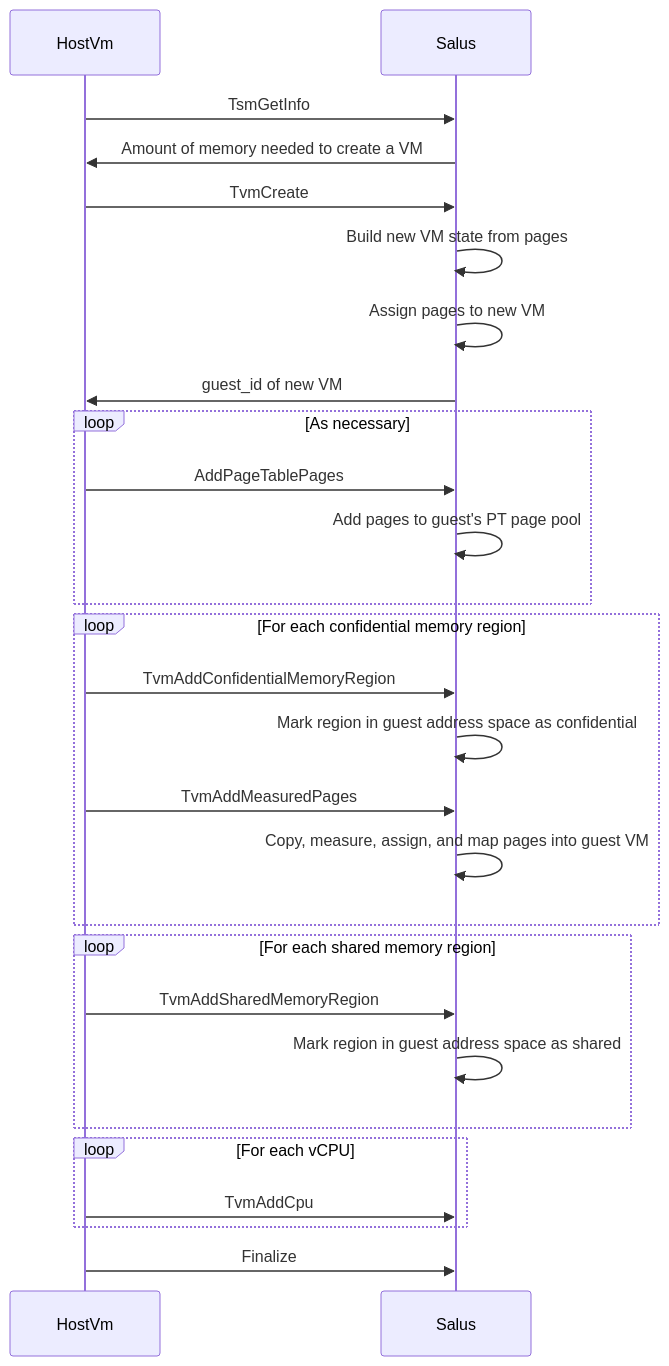
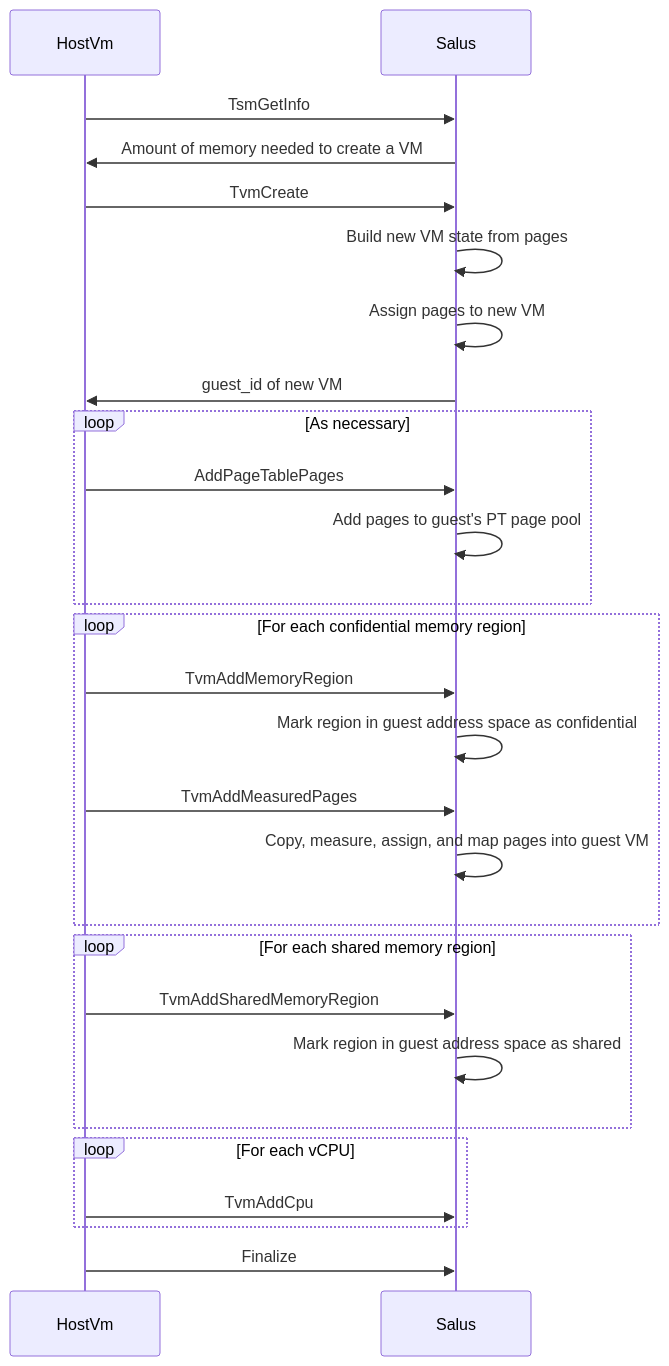
One commit to rivosinc/salus changed the fourth of 6 diagrams in MEMORY.md. Above: the diagram before and after it, drawn with Mermaid. The commit also changed 2 other files, not shown here.

Commit message:
main: Minor typo fixes and comment improvements

````diff
--- a/MEMORY.md
+++ b/MEMORY.md
@@ -241,29 +241,29 @@
 ```mermaid
 sequenceDiagram
     participant H as HostVm
     participant S as Salus
     H->>S: TsmGetInfo
     S->>H: Amount of memory needed to create a VM
     H->>S: TvmCreate
     S->>S: Build new VM state from pages
     S->>S: Assign pages to new VM
     S->>H: guest_id of new VM
     loop As necessary
         H->>S: AddPageTablePages
         S->>S: Add pages to guest's PT page pool
     end
     loop For each confidential memory region
-        H->>S: TvmAddConfidentialMemoryRegion
+        H->>S: TvmAddMemoryRegion
         S->>S: Mark region in guest address space as confidential
         H->>S: TvmAddMeasuredPages
         S->>S: Copy, measure, assign, and map pages into guest VM
     end
     loop For each shared memory region
         H->>S: TvmAddSharedMemoryRegion
         S->>S: Mark region in guest address space as shared
     end
     loop For each vCPU
         H->>S: TvmAddCpu
     end
     H->>S: Finalize
 ```
````
